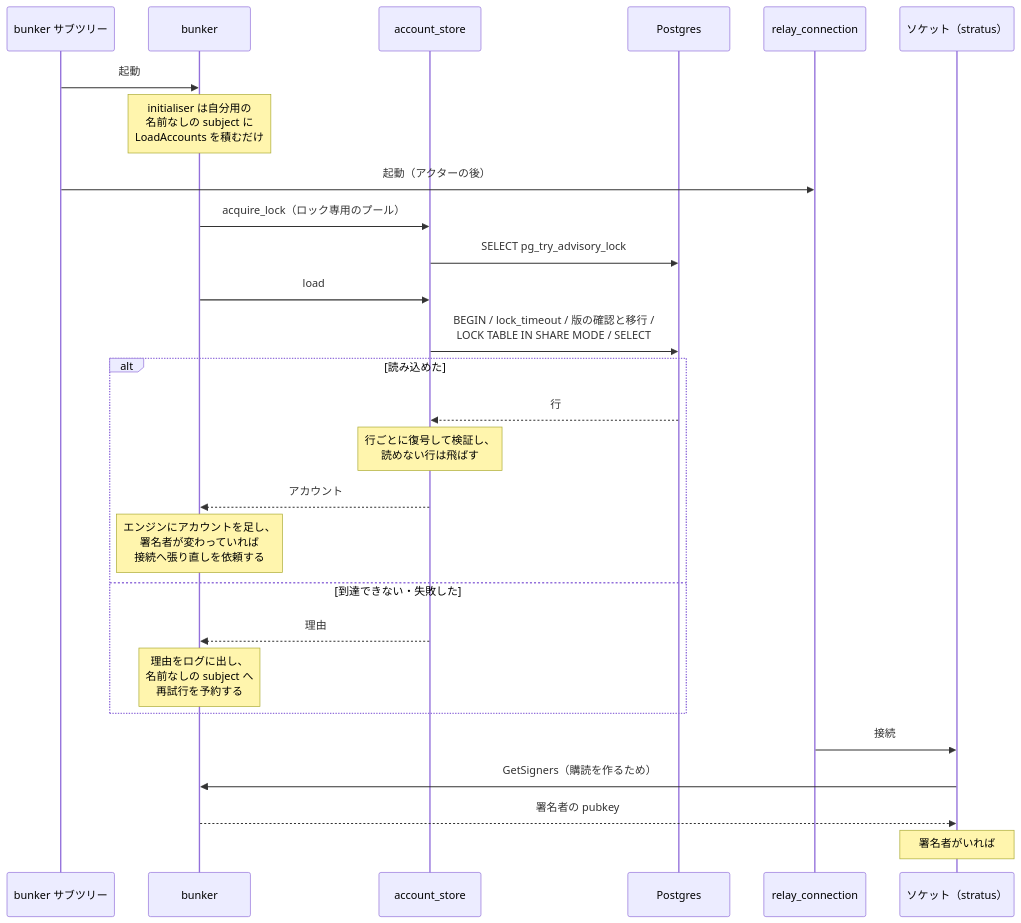
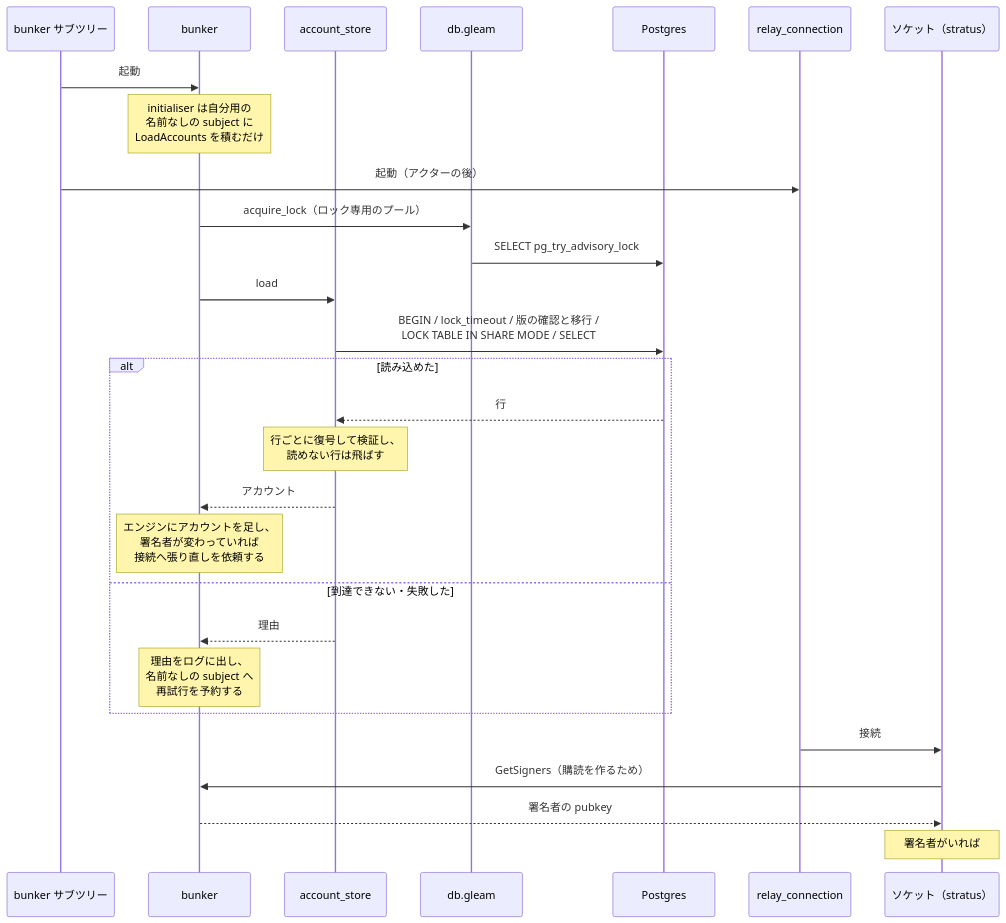
The fourth of 9 diagrams in docs/architecture.md (neverclear86/nostr-no-su), drawn with Mermaid before and after one commit. The commit also changed other lines of this file and 16 other files, not shown here.

````diff
--- a/docs/architecture.md
+++ b/docs/architecture.md
@@ -279,30 +279,31 @@
 ```mermaid
 sequenceDiagram
     participant sup as bunker サブツリー
     participant bk as bunker
     participant store as account_store
+    participant base as db.gleam
     participant db as Postgres
     participant conn as relay_connection
     participant sock as ソケット（stratus）
 
     sup->>bk: 起動
     Note over bk: initialiser は自分用の<br/>名前なしの subject に<br/>LoadAccounts を積むだけ
     sup->>conn: 起動（アクターの後）
-    bk->>store: acquire_lock（ロック専用のプール）
-    store->>db: SELECT pg_try_advisory_lock
+    bk->>base: acquire_lock（ロック専用のプール）
+    base->>db: SELECT pg_try_advisory_lock
     bk->>store: load
     store->>db: BEGIN / lock_timeout / 版の確認と移行 /<br/>LOCK TABLE IN SHARE MODE / SELECT
     alt 読み込めた
         db-->>store: 行
         Note over store: 行ごとに復号して検証し、<br/>読めない行は飛ばす
         store-->>bk: アカウント
         Note over bk: エンジンにアカウントを足し、<br/>署名者が変わっていれば<br/>接続へ張り直しを依頼する
     else 到達できない・失敗した
         store-->>bk: 理由
         Note over bk: 理由をログに出し、<br/>名前なしの subject へ<br/>再試行を予約する
     end
     conn->>sock: 接続
     sock->>bk: GetSigners（購読を作るため）
     bk-->>sock: 署名者の pubkey
     Note over sock: 署名者がいれば #p に入れて REQ、<br/>いなければ開いている購読を CLOSE、<br/>問い合わせに応答が無ければ<br/>購読を変えずに再試行
 ```
````
